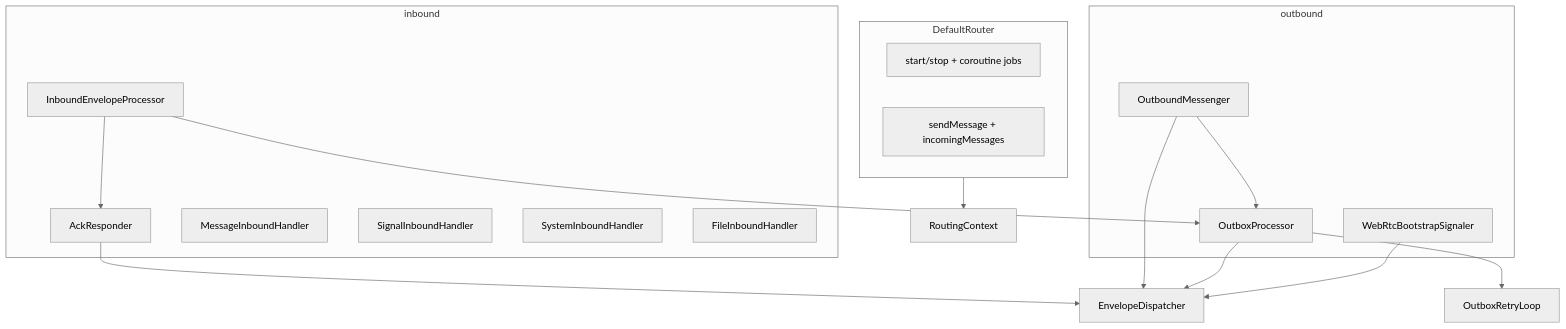
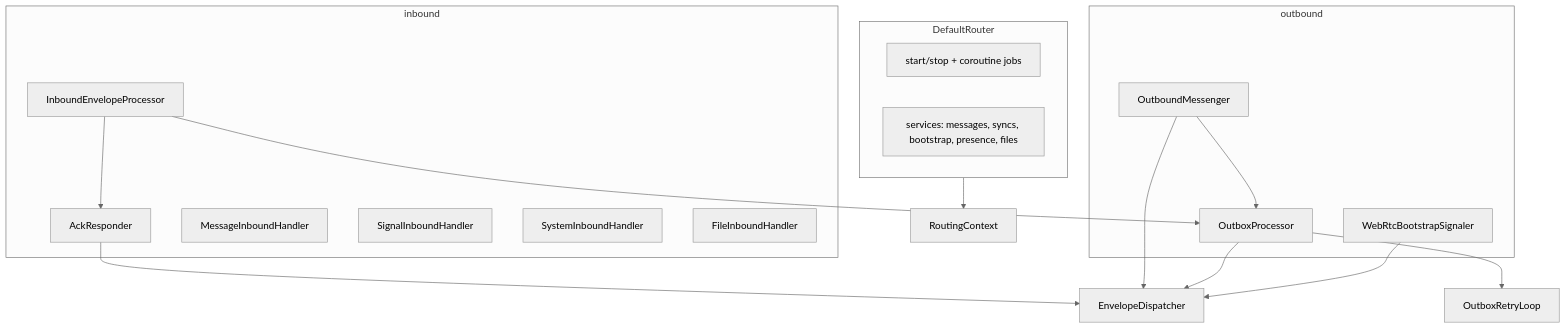
One commit to kswiorek/YapYap changed the diagram in docs/router.md. Above: the diagram before and after it, drawn with Mermaid (neutral theme). The commit also changed other lines of this file and 153 other files, not shown here.

````diff
--- a/docs/router.md
+++ b/docs/router.md
@@ -43,36 +58,36 @@
 ```mermaid
 flowchart TB
     subgraph facade [DefaultRouter]
         lifecycle[start/stop + coroutine jobs]
-        API[sendMessage + incomingMessages]
+        API[services: messages, syncs, bootstrap, presence, files]
     end
 
     subgraph inbound [inbound]
         IEP[InboundEnvelopeProcessor]
         AR[AckResponder]
         MH[MessageInboundHandler]
         SH[SignalInboundHandler]
         SYH[SystemInboundHandler]
         FH[FileInboundHandler]
     end
 
     subgraph outbound [outbound]
         OM[OutboundMessenger]
         OP[OutboxProcessor]
         WBS[WebRtcBootstrapSignaler]
     end
 
     RC[RoutingContext]
     ED[EnvelopeDispatcher]
     ORL[OutboxRetryLoop]
 
     facade --> RC
     AR --> ED
     OM --> ED
     OP --> ED
     WBS --> ED
     IEP --> AR
     IEP --> OP
     OM --> OP
     OP --> ORL
 ```
````
